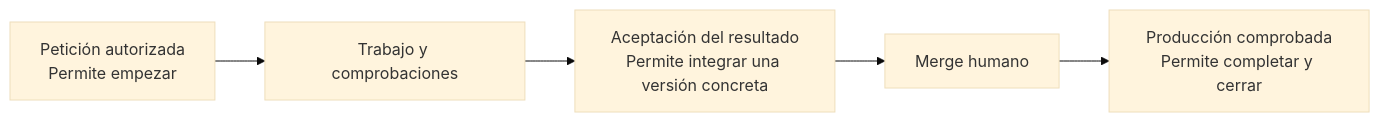
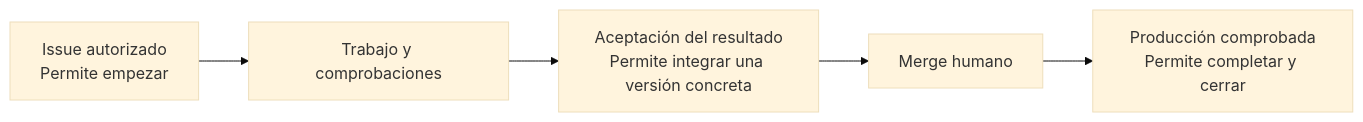
The diagram in docs/manual/README.md (rubenbp/app-foundry), drawn with Mermaid (base theme) before and after one commit. The commit also changed other lines of this file and 35 other files, not shown here.

````diff
--- a/docs/manual/README.md
+++ b/docs/manual/README.md
@@ -24,7 +24,7 @@
 ```mermaid
 flowchart LR
-    A["Petición autorizada<br/>Permite empezar"] --> B["Trabajo y comprobaciones"]
+    A["Issue autorizado<br/>Permite empezar"] --> B["Trabajo y comprobaciones"]
     B --> C["Aceptación del resultado<br/>Permite integrar una versión concreta"]
     C --> D["Merge humano"]
     D --> E["Producción comprobada<br/>Permite completar y cerrar"]
 ```
````
